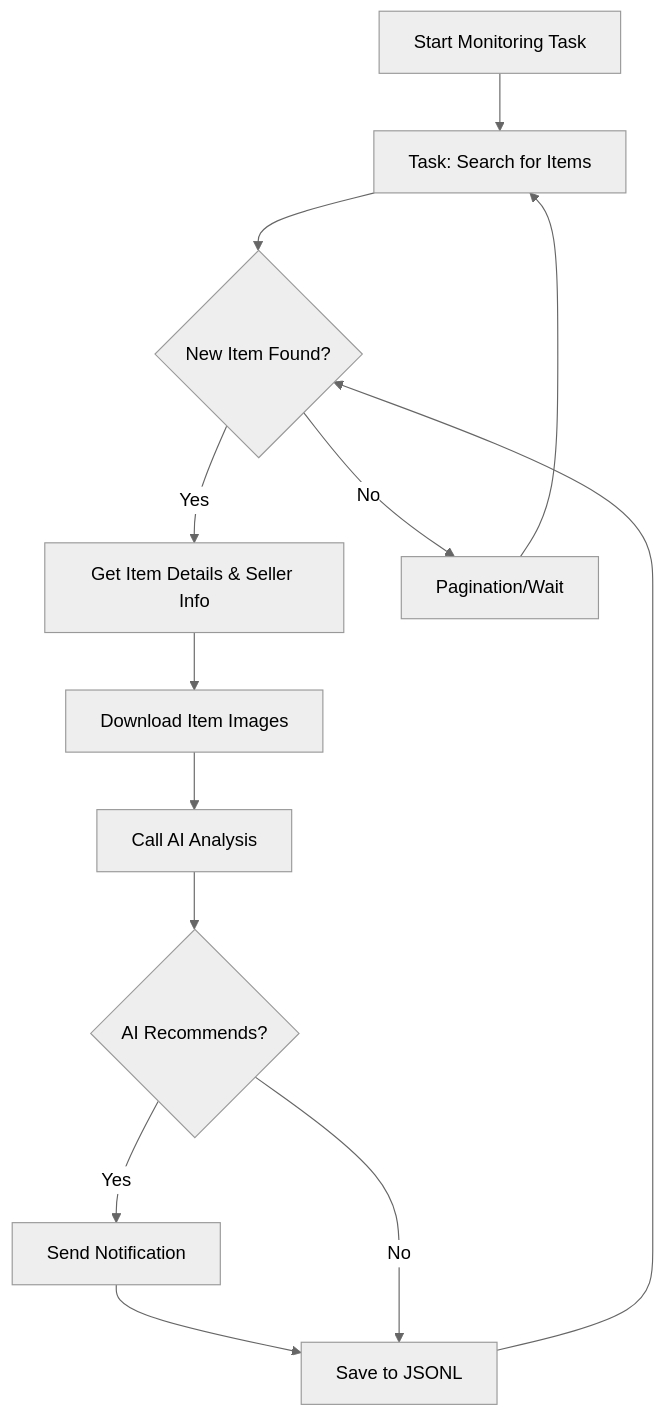
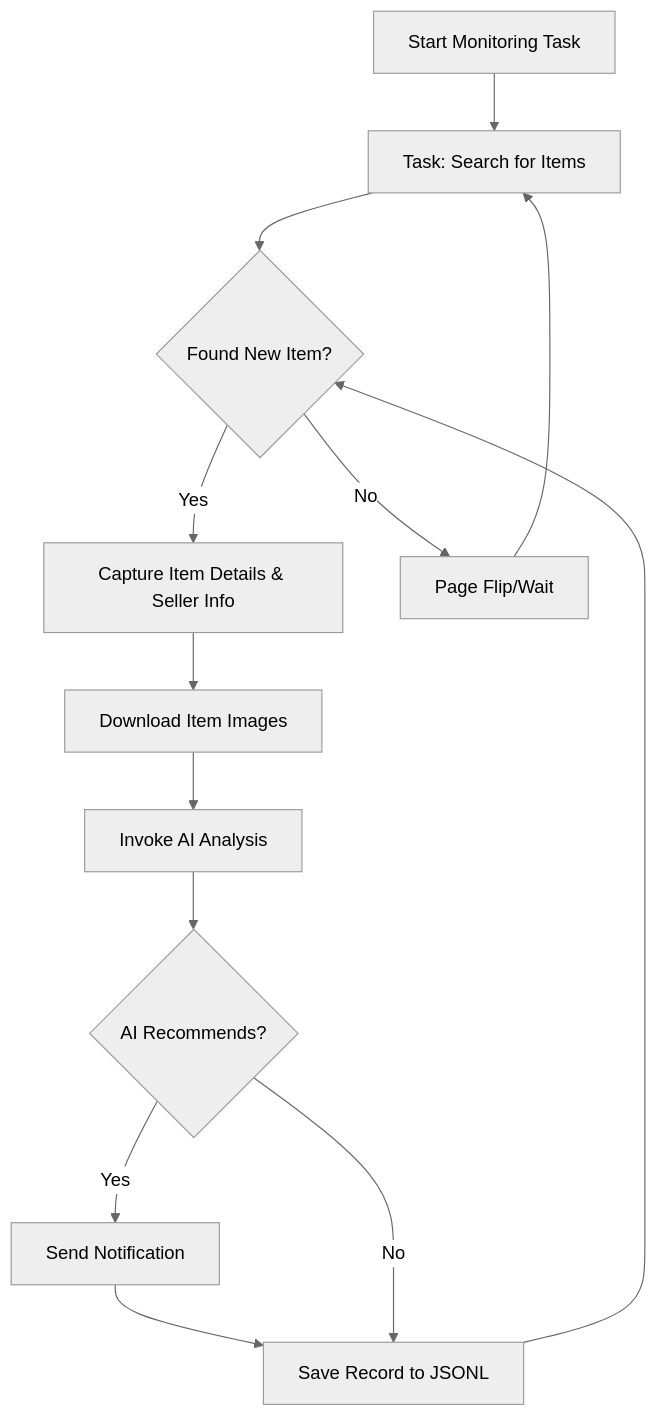
The diagram in docs/dingyufei615-ai-goofish-monitor.md (saurav-z/repo-docs), drawn with Mermaid (neutral theme) before and after one commit. The commit also changed other lines of this file and 214 other files, not shown here.

````diff
--- a/docs/dingyufei615-ai-goofish-monitor.md
+++ b/docs/dingyufei615-ai-goofish-monitor.md
@@ -122,15 +228,15 @@
 ```mermaid
 graph TD
     A[Start Monitoring Task] --> B[Task: Search for Items];
-    B --> C{New Item Found?};
-    C -- Yes --> D[Get Item Details & Seller Info];
+    B --> C{Found New Item?};
+    C -- Yes --> D[Capture Item Details & Seller Info];
     D --> E[Download Item Images];
-    E --> F[Call AI Analysis];
+    E --> F[Invoke AI Analysis];
     F --> G{AI Recommends?};
     G -- Yes --> H[Send Notification];
-    H --> I[Save to JSONL];
+    H --> I[Save Record to JSONL];
     G -- No --> I;
-    C -- No --> J[Pagination/Wait];
+    C -- No --> J[Page Flip/Wait];
     J --> B;
     I --> C;
 ```
````
